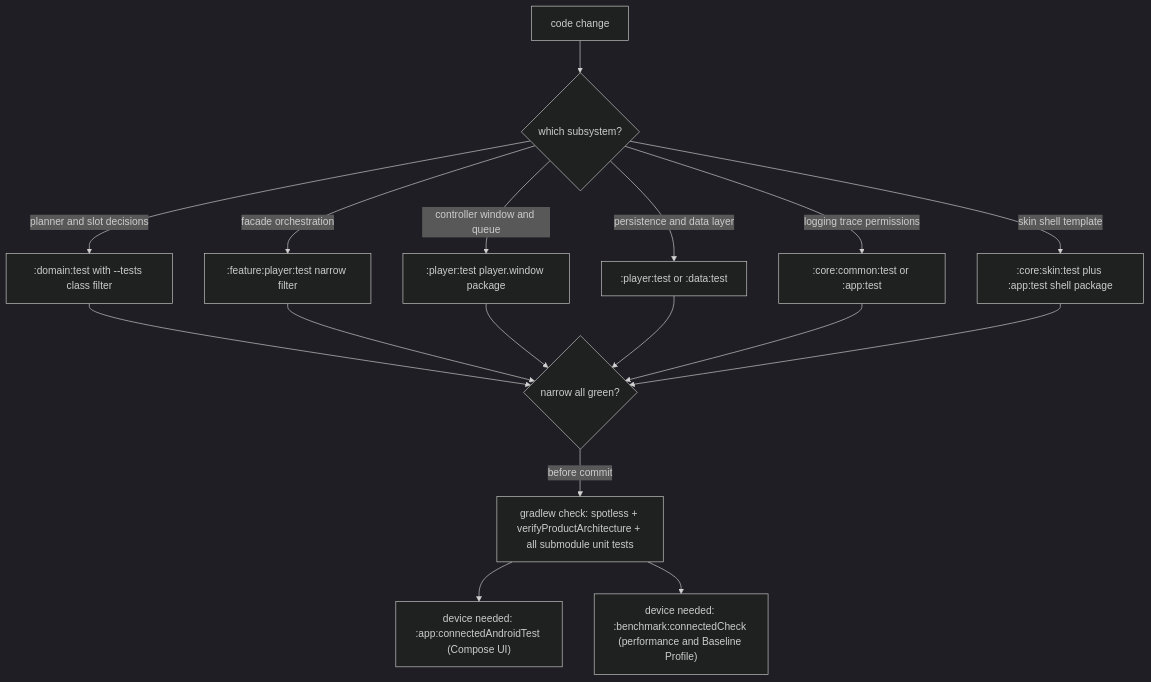
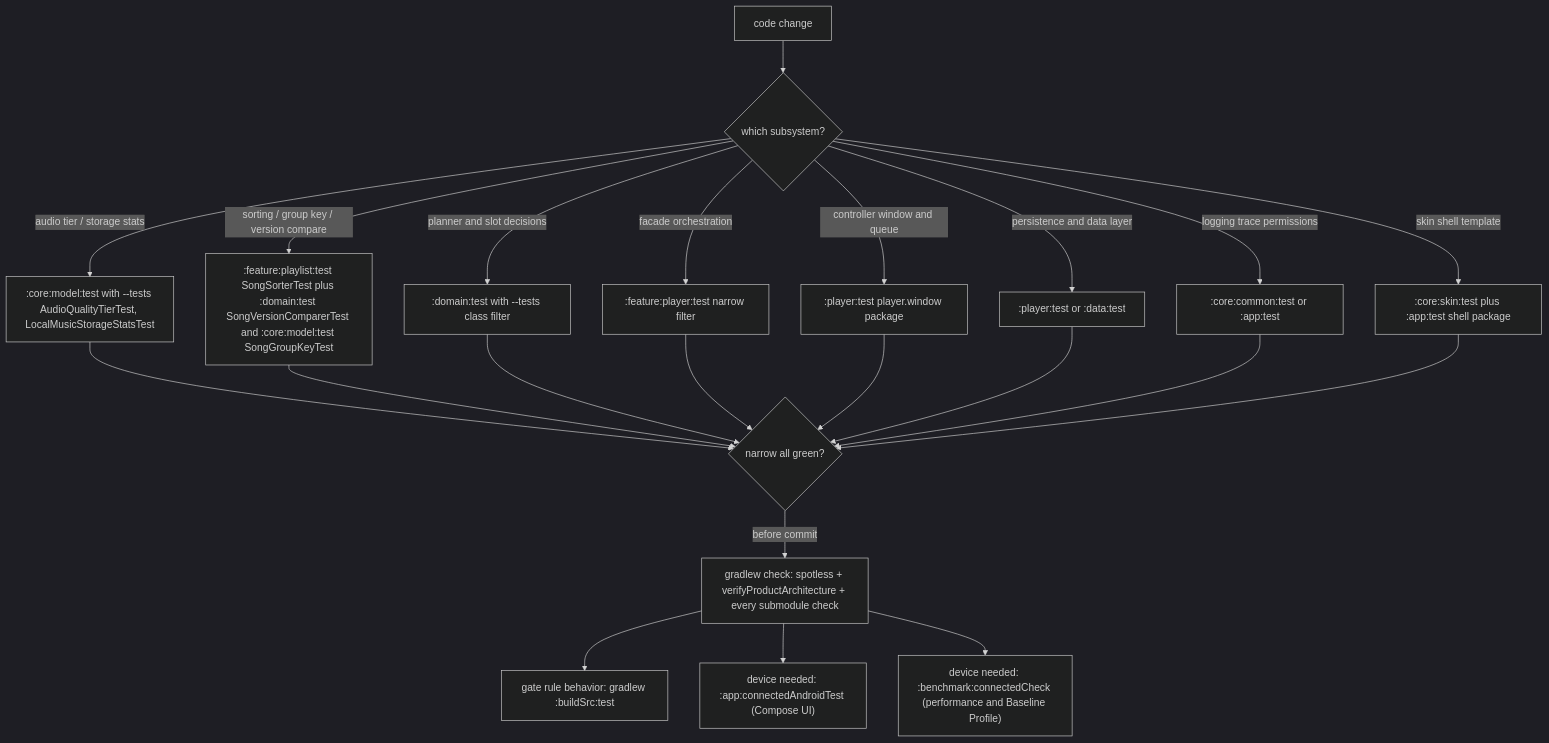
One commit to DefineMyCode/melody-in-heart-x changed the diagram in openwiki/testing/test-map.md. Above: the diagram before and after it, drawn with Mermaid (dark theme). The commit also changed other lines of this file and 42 other files, not shown here.

````diff
--- a/openwiki/testing/test-map.md
+++ b/openwiki/testing/test-map.md
@@ -181,19 +226,24 @@
 ```mermaid
 flowchart TD
     CHANGE["code change"] --> KIND{"which subsystem?"}
-    KIND -->|"planner and slot decisions"| R1[":domain:test with --tests class filter"]
-    KIND -->|"facade orchestration"| R2[":feature:player:test narrow filter"]
-    KIND -->|"controller window and queue"| R3[":player:test player.window package"]
-    KIND -->|"persistence and data layer"| R4[":player:test or :data:test"]
-    KIND -->|"logging trace permissions"| R5[":core:common:test or :app:test"]
-    KIND -->|"skin shell template"| R6[":core:skin:test plus :app:test shell package"]
-    R1 --> GREEN{"narrow all green?"}
+    KIND -->|"audio tier / storage stats"| R0[":core:model:test with --tests AudioQualityTierTest, LocalMusicStorageStatsTest"]
+    KIND -->|"sorting / group key / version compare"| R1[":feature:playlist:test SongSorterTest plus :domain:test SongVersionComparerTest and :core:model:test SongGroupKeyTest"]
+    KIND -->|"planner and slot decisions"| R2[":domain:test with --tests class filter"]
+    KIND -->|"facade orchestration"| R3[":feature:player:test narrow filter"]
+    KIND -->|"controller window and queue"| R4[":player:test player.window package"]
+    KIND -->|"persistence and data layer"| R5[":player:test or :data:test"]
+    KIND -->|"logging trace permissions"| R6[":core:common:test or :app:test"]
+    KIND -->|"skin shell template"| R7[":core:skin:test plus :app:test shell package"]
+    R0 --> GREEN{"narrow all green?"}
+    R1 --> GREEN
     R2 --> GREEN
     R3 --> GREEN
     R4 --> GREEN
     R5 --> GREEN
     R6 --> GREEN
-    GREEN -->|"before commit"| CHECK["gradlew check: spotless + verifyProductArchitecture + all submodule unit tests"]
+    R7 --> GREEN
+    GREEN -->|"before commit"| CHECK["gradlew check: spotless + verifyProductArchitecture + every submodule check"]
+    CHECK --> GATE["gate rule behavior: gradlew :buildSrc:test"]
     CHECK --> DEVICE["device needed: :app:connectedAndroidTest (Compose UI)"]
     CHECK --> BENCH["device needed: :benchmark:connectedCheck (performance and Baseline Profile)"]
 ```
````
